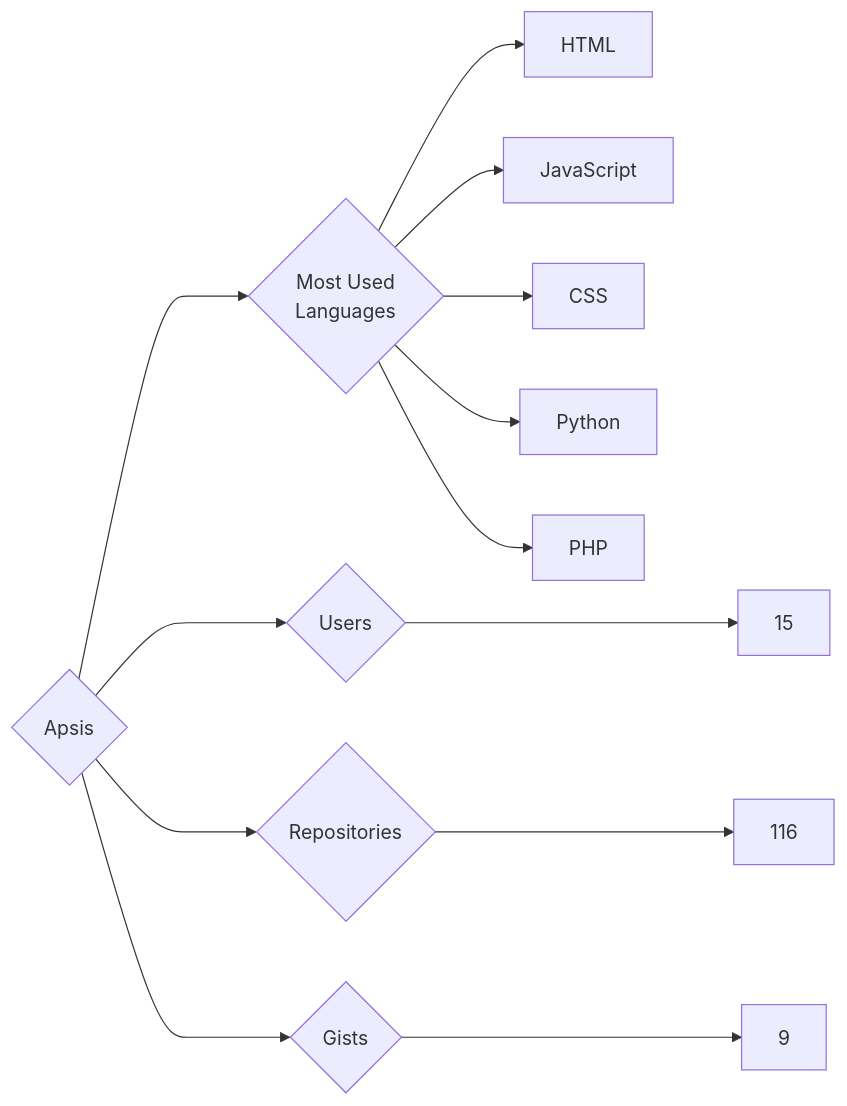
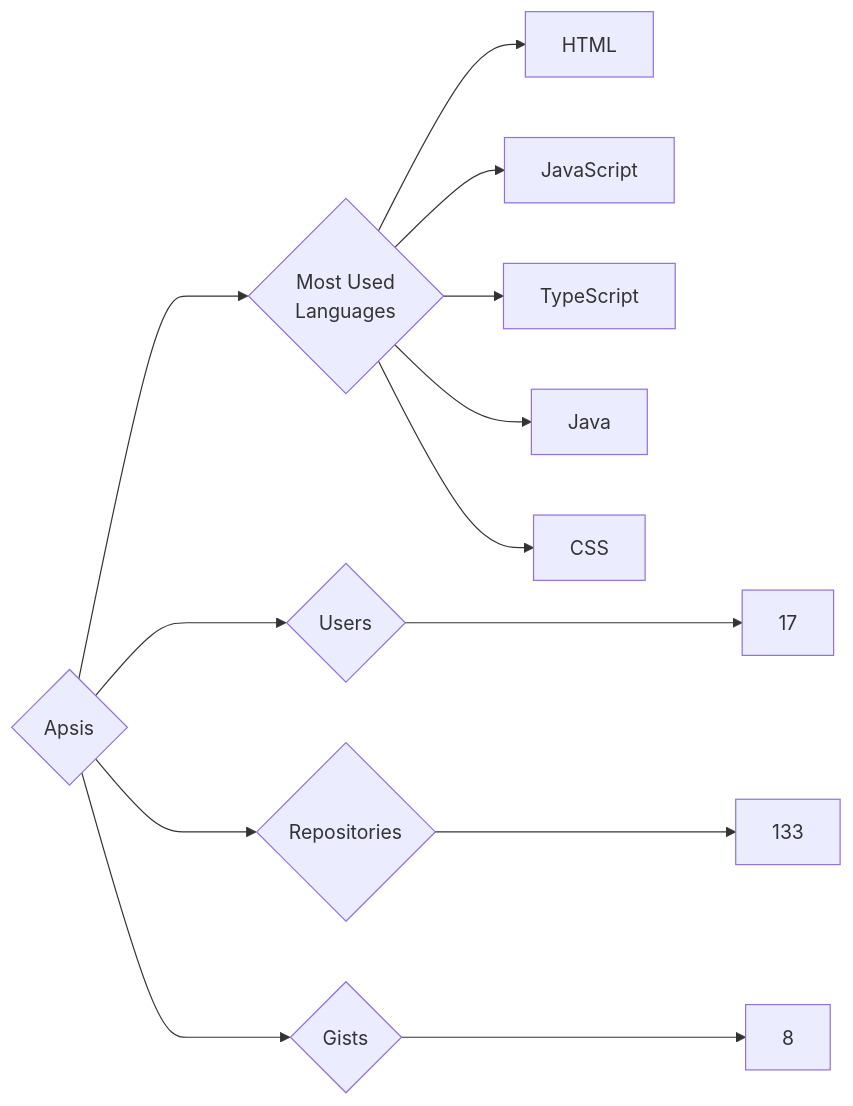
The diagram in targets/Apsis/README.md (trickest/insiders), drawn with Mermaid before and after one commit. The commit also changed 688 other files, not shown here.

````diff
--- a/targets/Apsis/README.md
+++ b/targets/Apsis/README.md
@@ -3,13 +3,13 @@
 ```mermaid
 graph LR
 COMPANY_NAME{Apsis}
-COMPANY_NAME ---> U{Users} ---> UN[15]
-COMPANY_NAME ---> R{Repositories} ---> RN[116]
-COMPANY_NAME ---> G{Gists} ---> GN[9]
+COMPANY_NAME ---> U{Users} ---> UN[17]
+COMPANY_NAME ---> R{Repositories} ---> RN[133]
+COMPANY_NAME ---> G{Gists} ---> GN[8]
 COMPANY_NAME ---> ML{Most Used<br>Languages}
 ML --> HTML[HTML]
 ML --> JavaScript[JavaScript]
+ML --> TypeScript[TypeScript]
+ML --> Java[Java]
 ML --> CSS[CSS]
-ML --> Python[Python]
-ML --> PHP[PHP]
 ```
````
